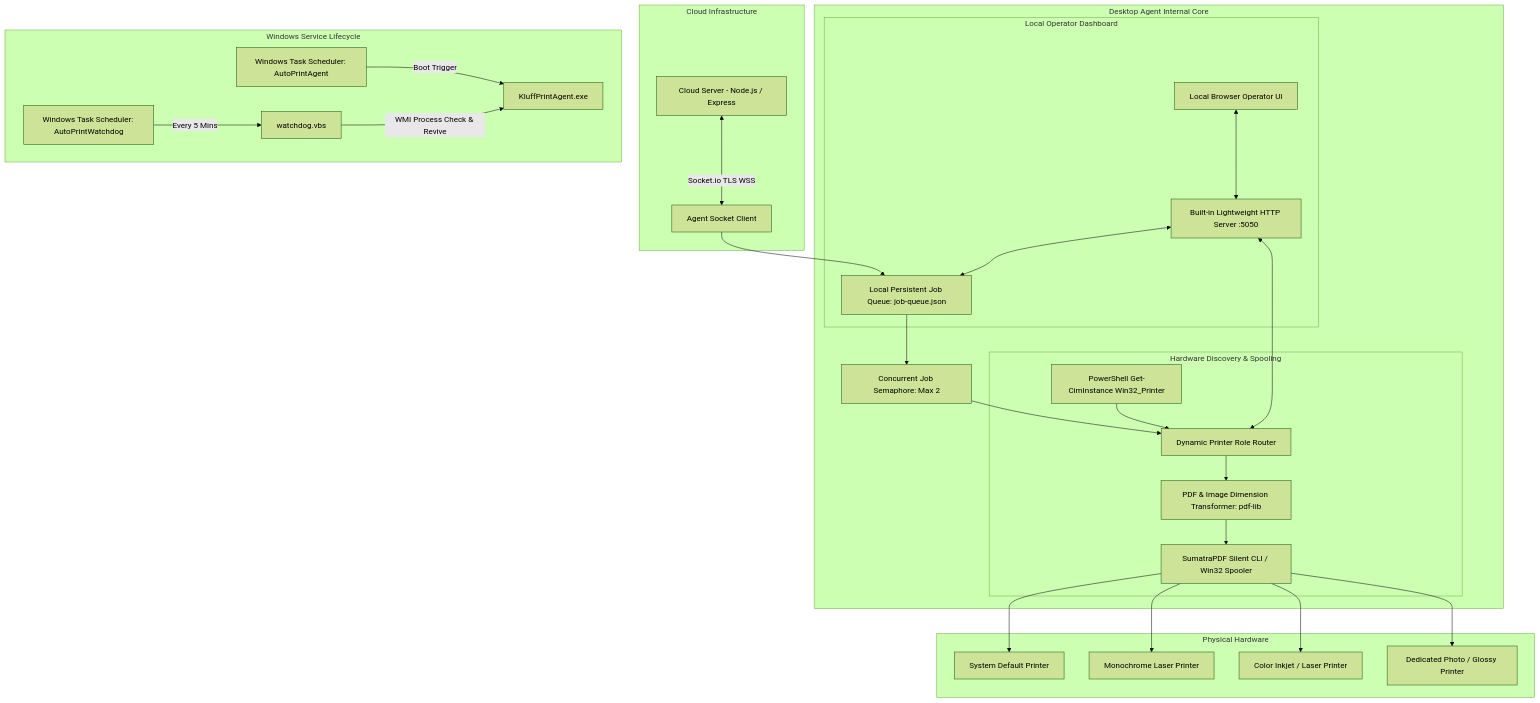
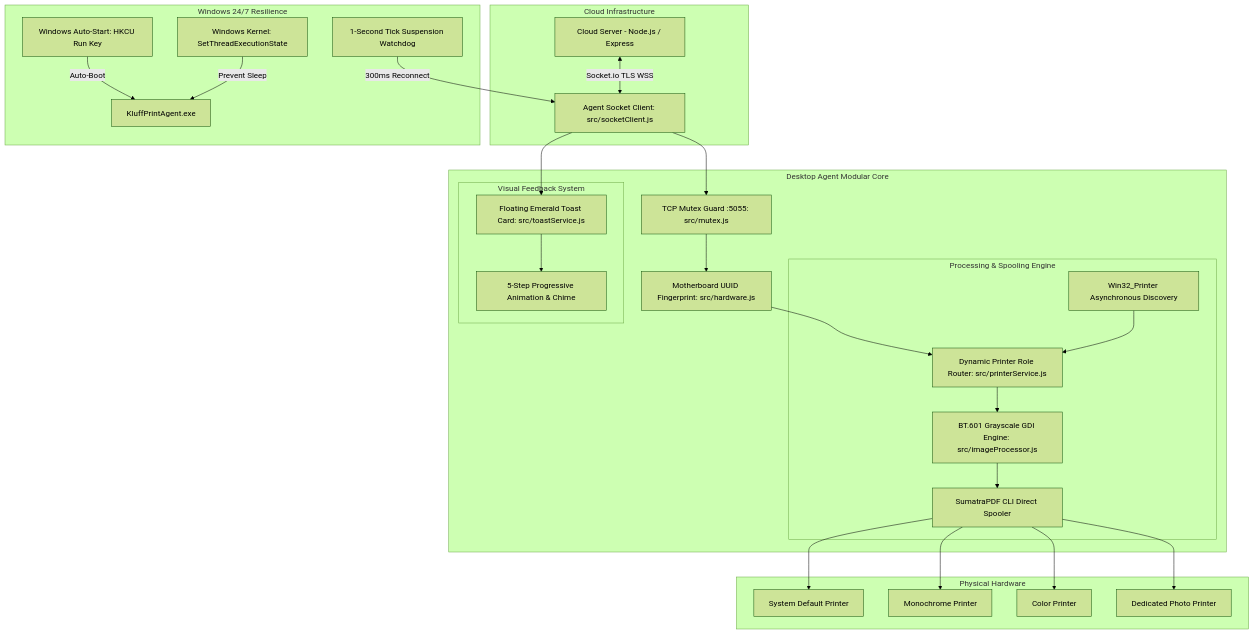
One commit to chandan221012-netizen/kluff changed the diagram in print-agent/AGENT_ARCHITECTURE.md. Above: the diagram before and after it, drawn with Mermaid (forest theme). The commit also changed other lines of this file and 1 other file, not shown here.

Commit message:
docs: comprehensive update to README and AGENT_ARCHITECTURE reflecting pure GUI, zero-console toast, and 24/7 resilience

````diff
--- a/print-agent/AGENT_ARCHITECTURE.md
+++ b/print-agent/AGENT_ARCHITECTURE.md
@@ -14,37 +15,36 @@
 ```mermaid
 flowchart TD
     subgraph Cloud Infrastructure
-        CS[Cloud Server - Node.js / Express] <-->|Socket.io TLS WSS| WSClient[Agent Socket Client]
+        CS[Cloud Server - Node.js / Express] <-->|Socket.io TLS WSS| WSClient[Agent Socket Client: src/socketClient.js]
     end
 
-    subgraph Desktop Agent Internal Core
-        WSClient --> QueueManager[Local Persistent Job Queue: job-queue.json]
-        QueueManager --> Semaphore[Concurrent Job Semaphore: Max 2]
-        Semaphore --> Router[Dynamic Printer Role Router]
+    subgraph Desktop Agent Modular Core
+        WSClient --> Guard[TCP Mutex Guard :5055: src/mutex.js]
+        Guard --> HWLock[Motherboard UUID Fingerprint: src/hardware.js]
+        HWLock --> Router[Dynamic Printer Role Router: src/printerService.js]
         
-        subgraph Hardware Discovery & Spooling
-            Discovery[PowerShell Get-CimInstance Win32_Printer] --> Router
-            Router --> Transformer[PDF & Image Dimension Transformer: pdf-lib]
-            Transformer --> Spooler[SumatraPDF Silent CLI / Win32 Spooler]
+        subgraph Processing & Spooling Engine
+            Discovery[Win32_Printer Asynchronous Discovery] --> Router
+            Router --> ImageEng[BT.601 Grayscale GDI Engine: src/imageProcessor.js]
+            ImageEng --> Spooler[SumatraPDF CLI Direct Spooler]
         end
 
-        subgraph Local Operator Dashboard
-            HTTPServer[Built-in Lightweight HTTP Server :5050] <--> Router
-            HTTPServer <--> QueueManager
-            Browser[Local Browser Operator UI] <--> HTTPServer
+        subgraph Visual Feedback System
+            WSClient --> Toast[Floating Emerald Toast Card: src/toastService.js]
+            Toast --> UI[5-Step Progressive Animation & Chime]
         end
     end
 
     subgraph Physical Hardware
         Spooler --> DefaultP[System Default Printer]
-        Spooler --> BWPrinter[Monochrome Laser Printer]
-        Spooler --> ColorPrinter[Color Inkjet / Laser Printer]
-        Spooler --> PhotoPrinter[Dedicated Photo / Glossy Printer]
+        Spooler --> BWPrinter[Monochrome Printer]
+        Spooler --> ColorPrinter[Color Printer]
+        Spooler --> PhotoPrinter[Dedicated Photo Printer]
     end
 
-    subgraph Windows Service Lifecycle
-        TaskSched[Windows Task Scheduler: AutoPrintAgent] -->|Boot Trigger| AgentProcess[KluffPrintAgent.exe]
-        Watchdog[Windows Task Scheduler: AutoPrintWatchdog] -->|Every 5 Mins| VBScript[watchdog.vbs]
-        VBScript -->|WMI Process Check & Revive| AgentProcess
+    subgraph Windows 24/7 Resilience
+        Registry[Windows Auto-Start: HKCU Run Key] -->|Auto-Boot| AgentProcess[KluffPrintAgent.exe]
+        PwrMgmt[Windows Kernel: SetThreadExecutionState] -->|Prevent Sleep| AgentProcess
+        Wakeup[1-Second Tick Suspension Watchdog] -->|300ms Reconnect| WSClient
     end
 ```
````
